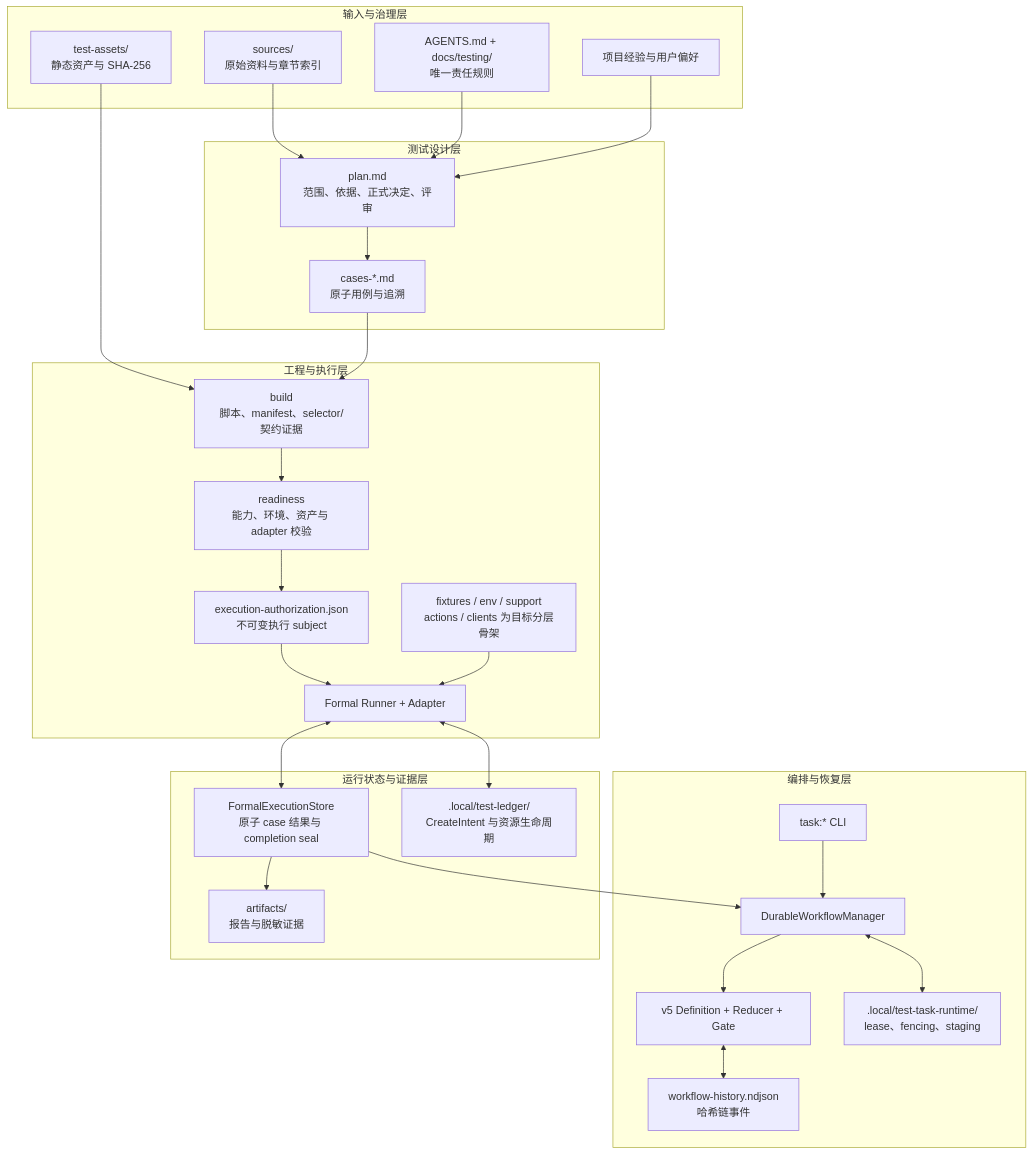
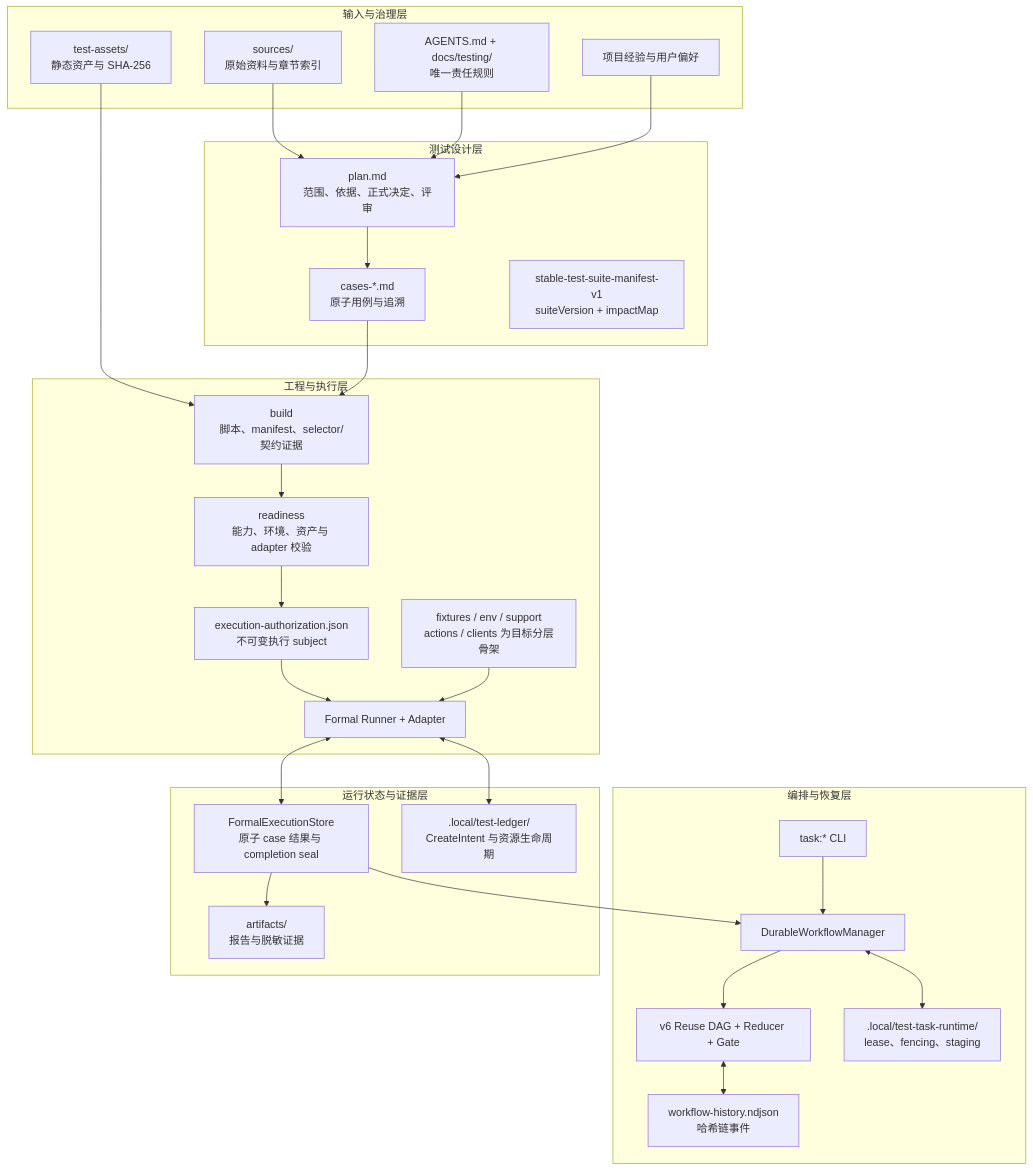
The second of 6 diagrams in docs/architecture-design.md (h1-count/automation-tests), drawn with Mermaid before and after one commit. The commit also changed other lines of this file and 52 other files, not shown here.

````diff
--- a/docs/architecture-design.md
+++ b/docs/architecture-design.md
@@ -75,55 +75,56 @@
 ```mermaid
 flowchart TB
     subgraph Input["输入与治理层"]
         Sources["sources/<br/>原始资料与章节索引"]
         Assets["test-assets/<br/>静态资产与 SHA-256"]
         Rules["AGENTS.md + docs/testing/<br/>唯一责任规则"]
         Knowledge["项目经验与用户偏好"]
     end
 
     subgraph Design["测试设计层"]
         Plan["plan.md<br/>范围、依据、正式决定、评审"]
         Cases["cases-*.md<br/>原子用例与追溯"]
+        Suite["stable-test-suite-manifest-v1<br/>suiteVersion + impactMap"]
     end
 
     subgraph Workflow["编排与恢复层"]
         Cli["task:* CLI"]
         Manager["DurableWorkflowManager"]
-        Dag["v5 Definition + Reducer + Gate"]
+        Dag["v6 Reuse DAG + Reducer + Gate"]
         History["workflow-history.ndjson<br/>哈希链事件"]
         Runtime[".local/test-task-runtime/<br/>lease、fencing、staging"]
     end
 
     subgraph Engineering["工程与执行层"]
         Build["build<br/>脚本、manifest、selector/契约证据"]
         Readiness["readiness<br/>能力、环境、资产与 adapter 校验"]
         Authorization["execution-authorization.json<br/>不可变执行 subject"]
         Runner["Formal Runner + Adapter"]
         Shared["fixtures / env / support<br/>actions / clients 为目标分层骨架"]
     end
 
     subgraph Evidence["运行状态与证据层"]
         FormalStore["FormalExecutionStore<br/>原子 case 结果与 completion seal"]
         Ledger[".local/test-ledger/<br/>CreateIntent 与资源生命周期"]
         Artifacts["artifacts/<br/>报告与脱敏证据"]
     end
 
     Sources --> Plan
     Assets --> Build
     Rules --> Plan
     Knowledge --> Plan
     Plan --> Cases
     Cli --> Manager
     Manager --> Dag
     Dag <--> History
     Manager <--> Runtime
     Cases --> Build
     Build --> Readiness
     Readiness --> Authorization
     Authorization --> Runner
     Shared --> Runner
     Runner <--> FormalStore
     Runner <--> Ledger
     FormalStore --> Artifacts
     FormalStore --> Manager
 ```
````
